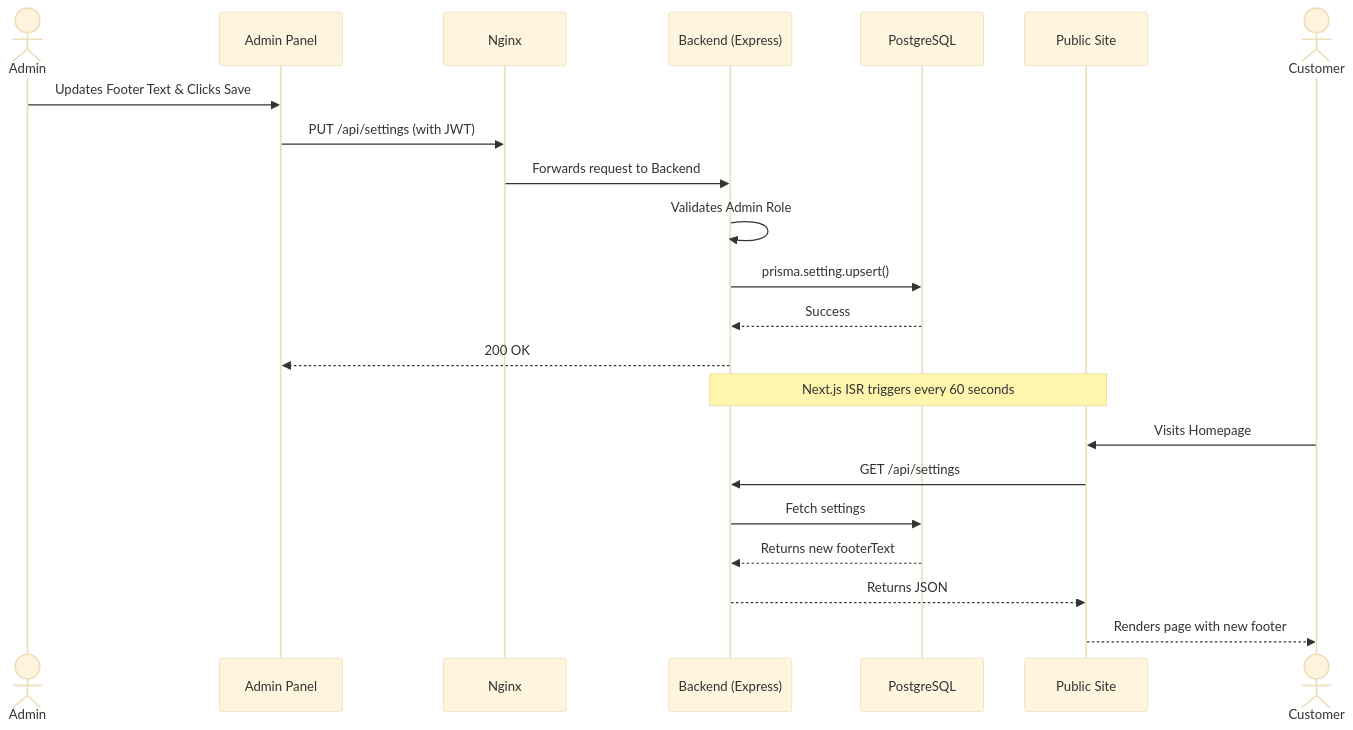
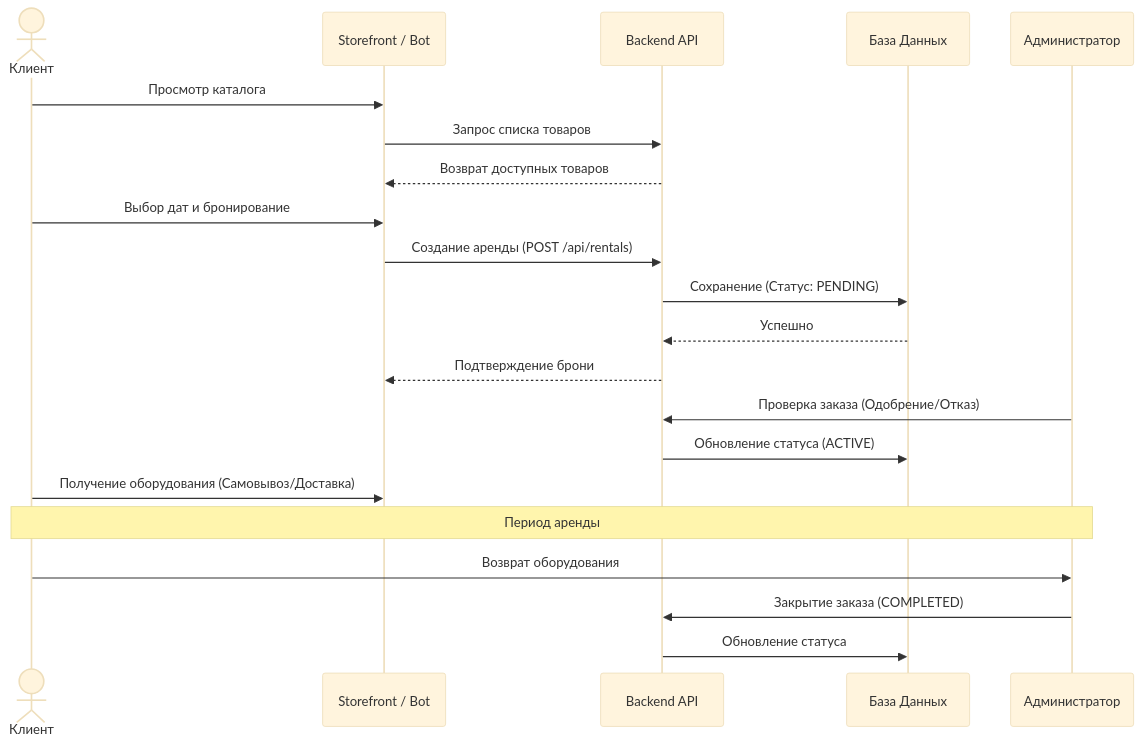
Before and after one commit to yuliitezarygml/renatal-all: the second of 4 diagrams in ARCHITECTURE.md, drawn with Mermaid (base theme). The commit also changed other lines of this file, not shown here.

Commit message:
docs: expand architecture with user flow, state machine, and modules

````diff
--- a/ARCHITECTURE.md
+++ b/ARCHITECTURE.md
@@ -46,26 +46,27 @@
 ```mermaid
 sequenceDiagram
-    actor Admin
-    participant AdminUI as Admin Panel
-    participant Nginx
-    participant API as Backend (Express)
-    participant DB as PostgreSQL
-    participant Storefront as Public Site
-    actor Customer
+    actor User as Клиент
+    participant UI as Storefront / Bot
+    participant API as Backend API
+    participant DB as База Данных
+    participant Admin as Администратор
 
-    Admin->>AdminUI: Updates Footer Text & Clicks Save
-    AdminUI->>Nginx: PUT /api/settings (with JWT)
-    Nginx->>API: Forwards request to Backend
-    API->>API: Validates Admin Role
-    API->>DB: prisma.setting.upsert()
-    DB-->>API: Success
-    API-->>AdminUI: 200 OK
-
-    Note over Storefront,API: Next.js ISR triggers every 60 seconds
-    Customer->>Storefront: Visits Homepage
-    Storefront->>API: GET /api/settings
-    API->>DB: Fetch settings
-    DB-->>API: Returns new footerText
-    API-->>Storefront: Returns JSON
-    Storefront-->>Customer: Renders page with new footer
+    User->>UI: Просмотр каталога
+    UI->>API: Запрос списка товаров
+    API-->>UI: Возврат доступных товаров
+    
+    User->>UI: Выбор дат и бронирование
+    UI->>API: Создание аренды (POST /api/rentals)
+    API->>DB: Сохранение (Статус: PENDING)
+    DB-->>API: Успешно
+    API-->>UI: Подтверждение брони
+    
+    Admin->>API: Проверка заказа (Одобрение/Отказ)
+    API->>DB: Обновление статуса (ACTIVE)
+    
+    User->>UI: Получение оборудования (Самовывоз/Доставка)
+    Note over User,Admin: Период аренды
+    User->>Admin: Возврат оборудования
+    Admin->>API: Закрытие заказа (COMPLETED)
+    API->>DB: Обновление статуса
 ```
````
